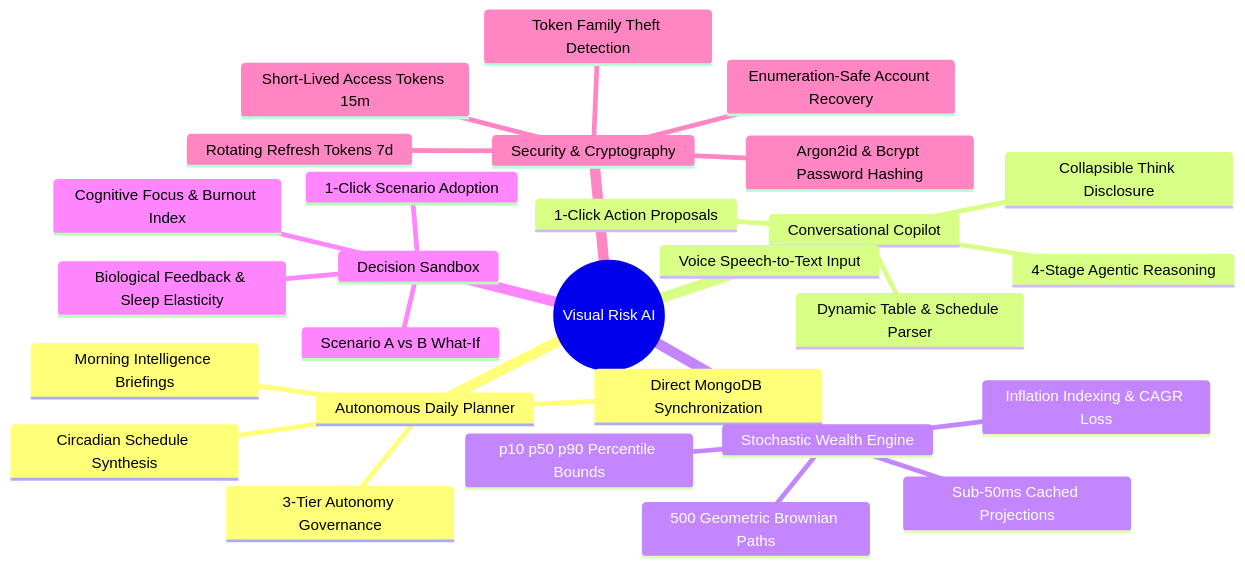
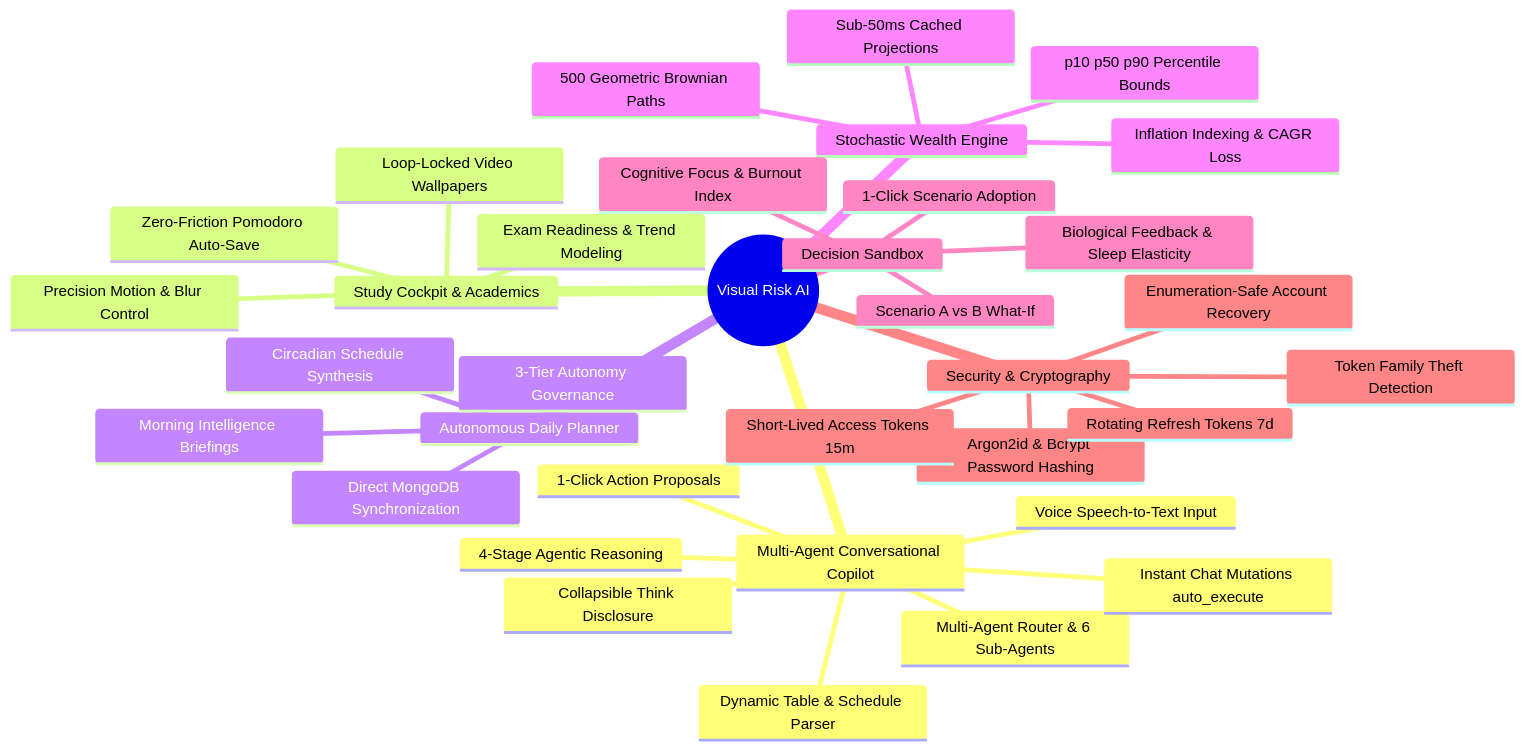
The third of 4 diagrams in README.md (notysozu/AI-Based-Visual-Risk-and-Compliance-Intelligence-System), drawn with Mermaid before and after one commit. The commit also changed other lines of this file and 5 other files, not shown here.

Commit message:
docs: update system architecture, copilot multi-agent docs, study cockpit, and API references

````diff
--- a/README.md
+++ b/README.md
@@ -112,31 +113,38 @@
 ```mermaid
 mindmap
   root((Visual Risk AI))
+    Multi-Agent Conversational Copilot
+      Multi-Agent Router & 6 Sub-Agents
+      Instant Chat Mutations auto_execute
+      4-Stage Agentic Reasoning
+      Collapsible Think Disclosure
+      Voice Speech-to-Text Input
+      Dynamic Table & Schedule Parser
+      1-Click Action Proposals
+    Study Cockpit & Academics
+      Zero-Friction Pomodoro Auto-Save
+      Loop-Locked Video Wallpapers
+      Precision Motion & Blur Control
+      Exam Readiness & Trend Modeling
     Autonomous Daily Planner
       Circadian Schedule Synthesis
       Morning Intelligence Briefings
       3-Tier Autonomy Governance
       Direct MongoDB Synchronization
-    Conversational Copilot
-      4-Stage Agentic Reasoning
-      Collapsible Think Disclosure
-      Voice Speech-to-Text Input
-      Dynamic Table & Schedule Parser
-      1-Click Action Proposals
     Stochastic Wealth Engine
       500 Geometric Brownian Paths
       p10 p50 p90 Percentile Bounds
       Inflation Indexing & CAGR Loss
       Sub-50ms Cached Projections
     Decision Sandbox
       Scenario A vs B What-If
       Biological Feedback & Sleep Elasticity
       Cognitive Focus & Burnout Index
       1-Click Scenario Adoption
     Security & Cryptography
       Argon2id & Bcrypt Password Hashing
       Short-Lived Access Tokens 15m
       Rotating Refresh Tokens 7d
       Token Family Theft Detection
       Enumeration-Safe Account Recovery
 ```
````
